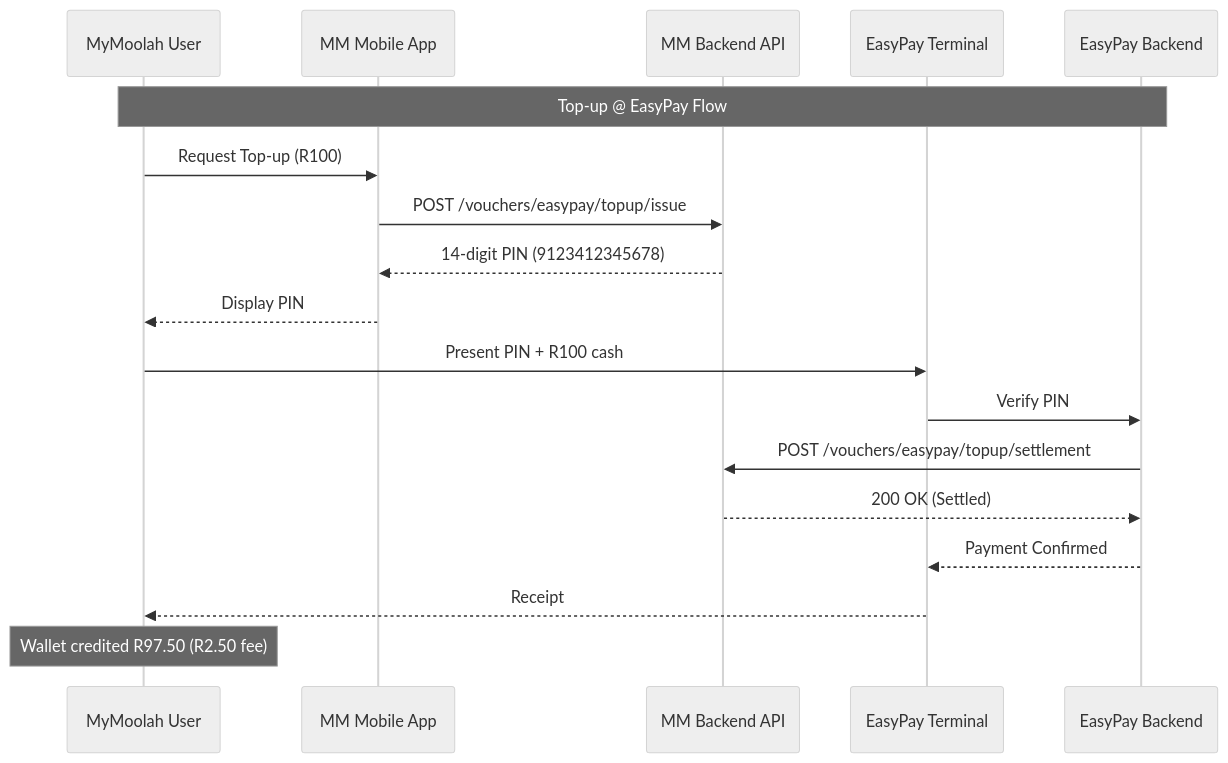
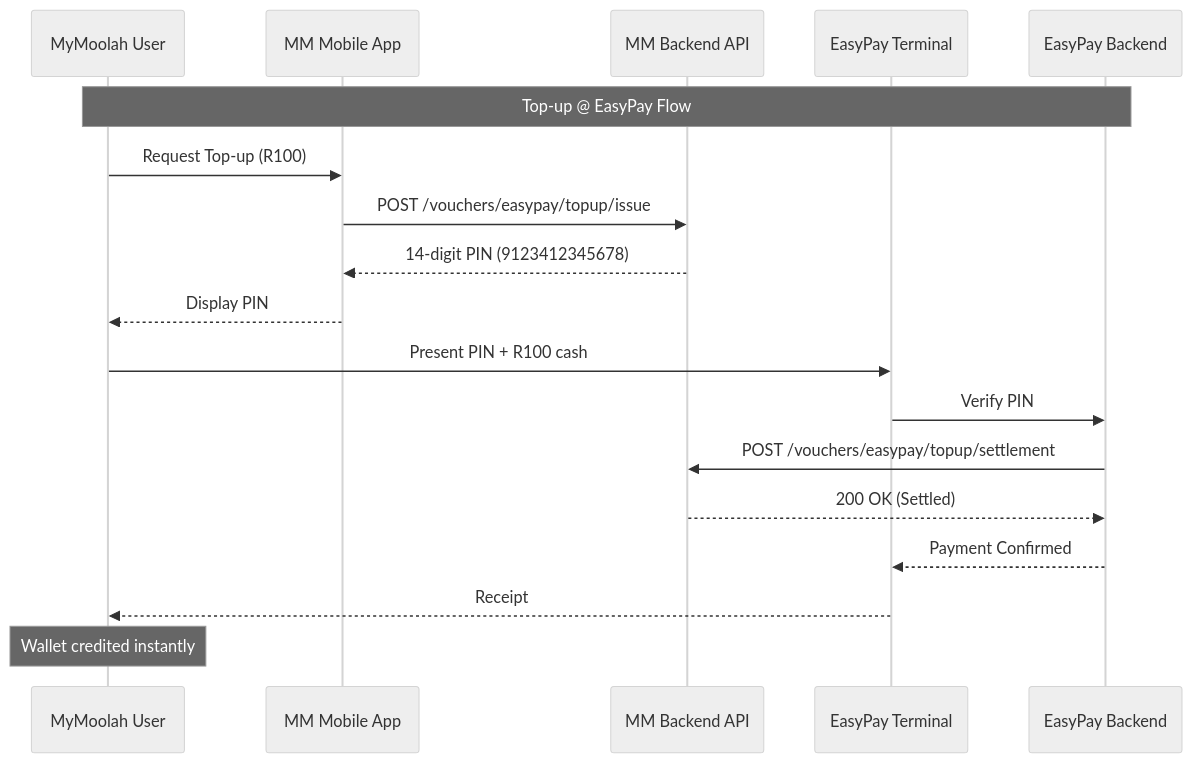
The first of 6 diagrams in docs/integrations/EasyPay_API_Integration_Guide.md (mymoolah-africa/mymoolah-platform), drawn with Mermaid (neutral theme) before and after one commit. The commit also changed other lines of this file, not shown here.

First line of the commit message:
docs: Remove all fee and margin references from EasyPay API Integration Guide

````diff
--- a/docs/integrations/EasyPay_API_Integration_Guide.md
+++ b/docs/integrations/EasyPay_API_Integration_Guide.md
@@ -39,21 +39,21 @@
 ```mermaid
 sequenceDiagram
     participant User as MyMoolah User
     participant App as MM Mobile App
     participant API as MM Backend API
     participant EP as EasyPay Terminal
     participant EPBackend as EasyPay Backend
     
     Note over User,EPBackend: Top-up @ EasyPay Flow
     User->>App: Request Top-up (R100)
     App->>API: POST /vouchers/easypay/topup/issue
     API-->>App: 14-digit PIN (9123412345678)
     App-->>User: Display PIN
     User->>EP: Present PIN + R100 cash
     EP->>EPBackend: Verify PIN
     EPBackend->>API: POST /vouchers/easypay/topup/settlement
     API-->>EPBackend: 200 OK (Settled)
     EPBackend-->>EP: Payment Confirmed
     EP-->>User: Receipt
-    Note over User: Wallet credited R97.50 (R2.50 fee)
+    Note over User: Wallet credited instantly
 ```
````
